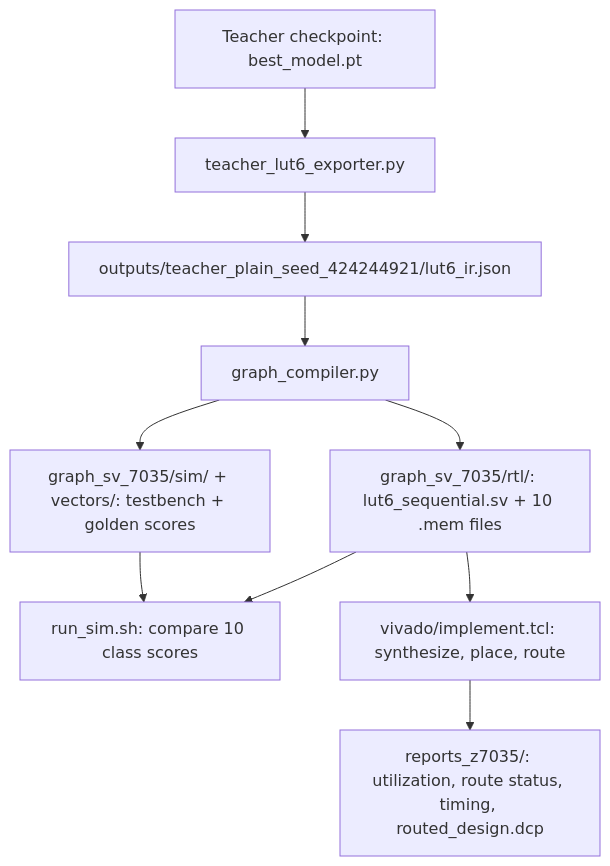
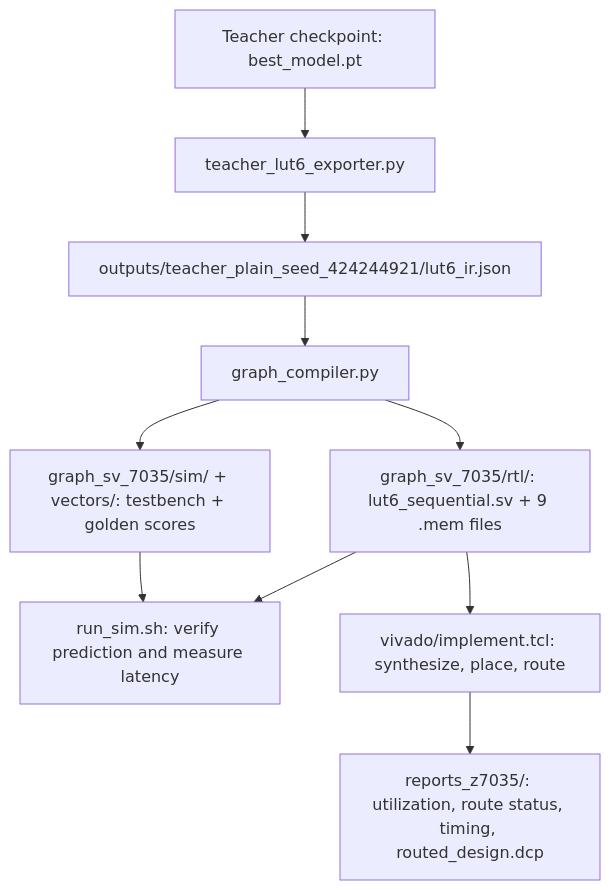
The first of 3 diagrams in examples/phase_logic/New_post_training/README.md (amirarjmand93/efficient_dlgn), drawn with Mermaid before and after one commit. The commit also changed other lines of this file and 20 other files, not shown here.

````diff
--- a/examples/phase_logic/New_post_training/README.md
+++ b/examples/phase_logic/New_post_training/README.md
@@ -11,12 +11,12 @@
 ```mermaid
 flowchart TD
     A["Teacher checkpoint: best_model.pt"] --> B["teacher_lut6_exporter.py"]
     B --> C["outputs/teacher_plain_seed_424244921/lut6_ir.json"]
     C --> D["graph_compiler.py"]
-    D --> E["graph_sv_7035/rtl/: lut6_sequential.sv + 10 .mem files"]
+    D --> E["graph_sv_7035/rtl/: lut6_sequential.sv + 9 .mem files"]
     D --> F["graph_sv_7035/sim/ + vectors/: testbench + golden scores"]
-    E --> G["run_sim.sh: compare 10 class scores"]
+    E --> G["run_sim.sh: verify prediction and measure latency"]
     F --> G
     E --> H["vivado/implement.tcl: synthesize, place, route"]
     H --> I["reports_z7035/: utilization, route status, timing, routed_design.dcp"]
 ```
````
